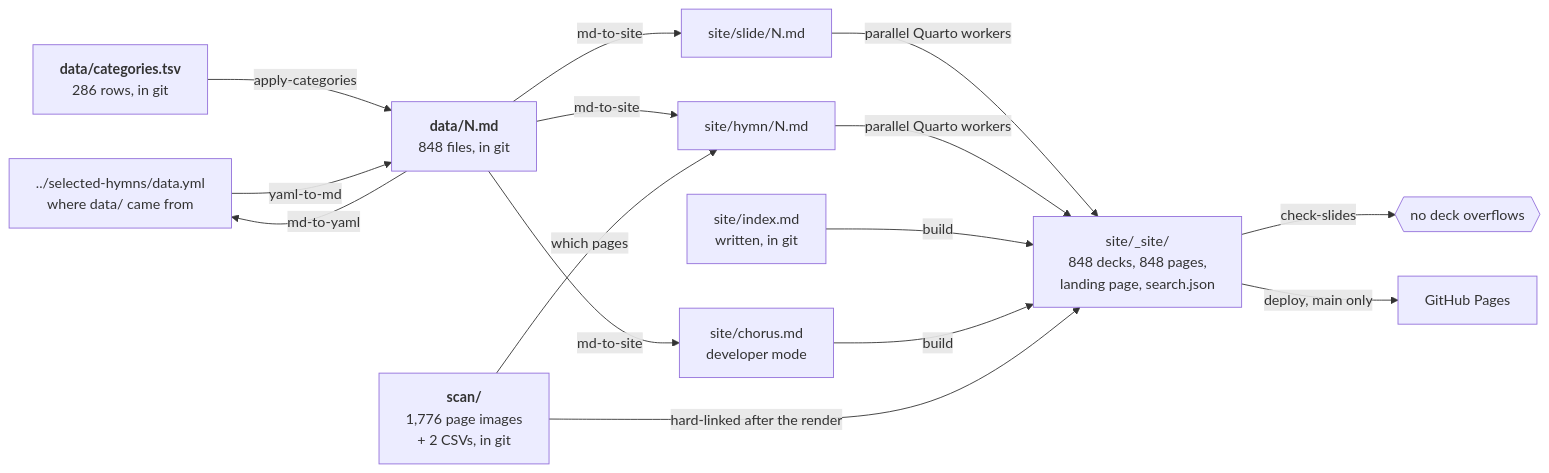
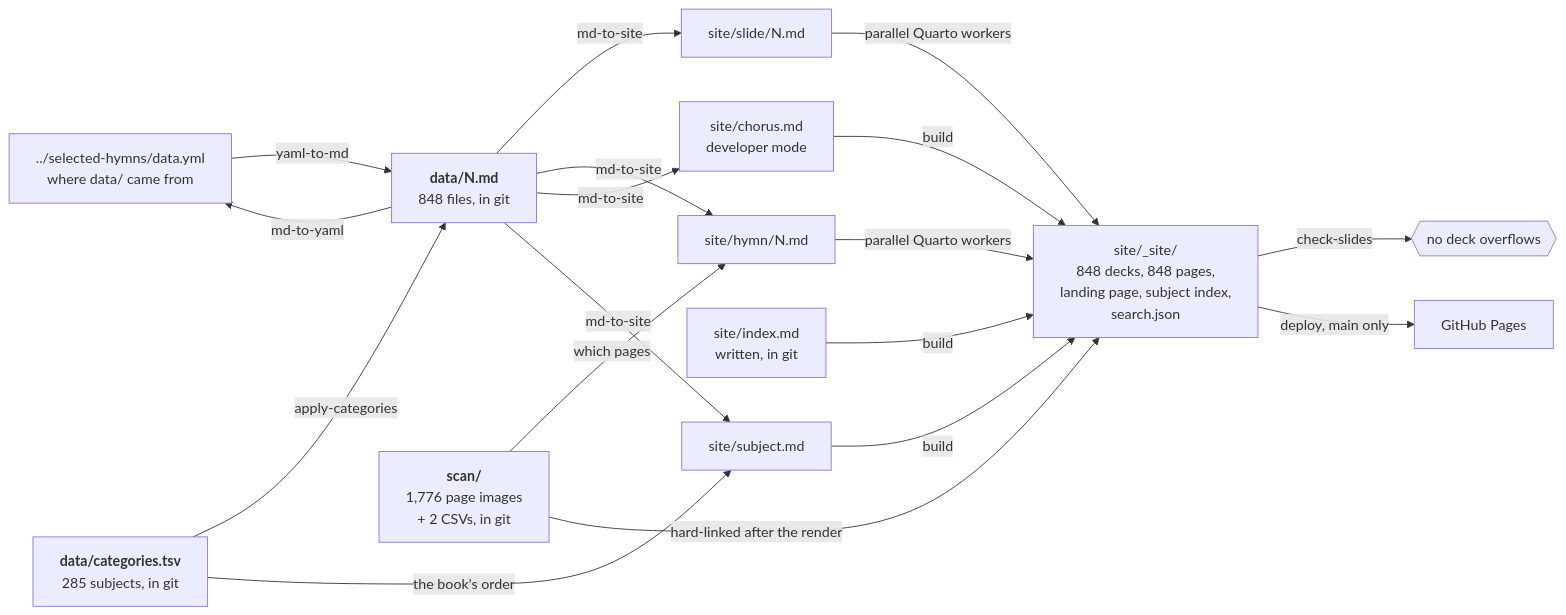
Before and after one commit to ickc/selected-hymns-and-songs: the first of 3 diagrams in DEVELOPER.md, drawn with Mermaid. The commit also changed other lines of this file and 15 other files, not shown here.

````diff
--- a/DEVELOPER.md
+++ b/DEVELOPER.md
@@ -23,28 +23,32 @@
 ```mermaid
 flowchart LR
   yaml["../selected-hymns/data.yml<br/>where data/ came from"]
   md["<b>data/N.md</b><br/>848 files, in git"]
   scan["<b>scan/</b><br/>1,776 page images<br/>+ 2 CSVs, in git"]
-  cats["<b>data/categories.tsv</b><br/>286 rows, in git"]
+  cats["<b>data/categories.tsv</b><br/>285 subjects, in git"]
   slide["site/slide/N.md"]
   page["site/hymn/N.md"]
+  subject["site/subject.md"]
   index["site/index.md<br/>written, in git"]
   chorus["site/chorus.md<br/>developer mode"]
-  built["site/_site/<br/>848 decks, 848 pages,<br/>landing page, search.json"]
+  built["site/_site/<br/>848 decks, 848 pages,<br/>landing page, subject index,<br/>search.json"]
   pages["GitHub Pages"]
 
   cats -- "apply-categories" --> md
   yaml -- "yaml-to-md" --> md
   md -- "md-to-yaml" --> yaml
   md -- "md-to-site" --> slide
   md -- "md-to-site" --> page
   md -- "md-to-site" --> chorus
+  md -- "md-to-site" --> subject
+  cats -- "the book's order" --> subject
   scan -- "which pages" --> page
   slide -- "parallel Quarto workers" --> built
   page -- "parallel Quarto workers" --> built
+  subject -- "build" --> built
   index -- "build" --> built
   chorus -- "build" --> built
   scan -- "hard-linked after the render" --> built
   built -- "check-slides" --> checked{{"no deck overflows"}}
   built -- "deploy, main only" --> pages
 ```
````
